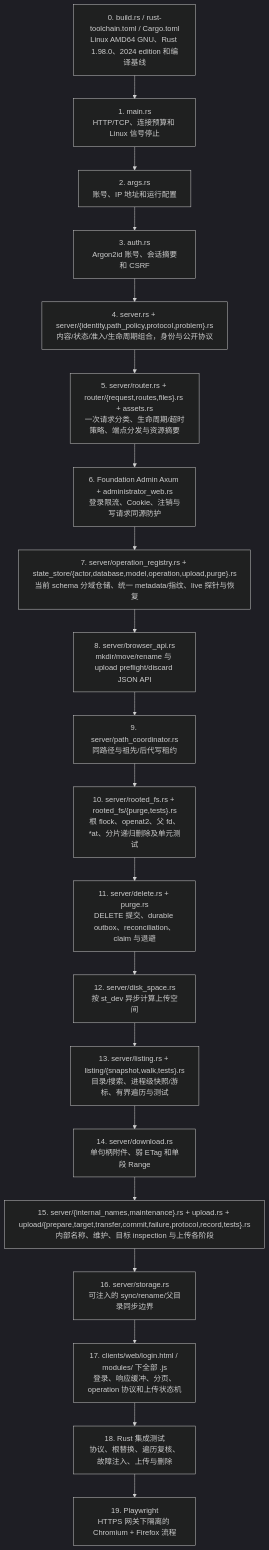
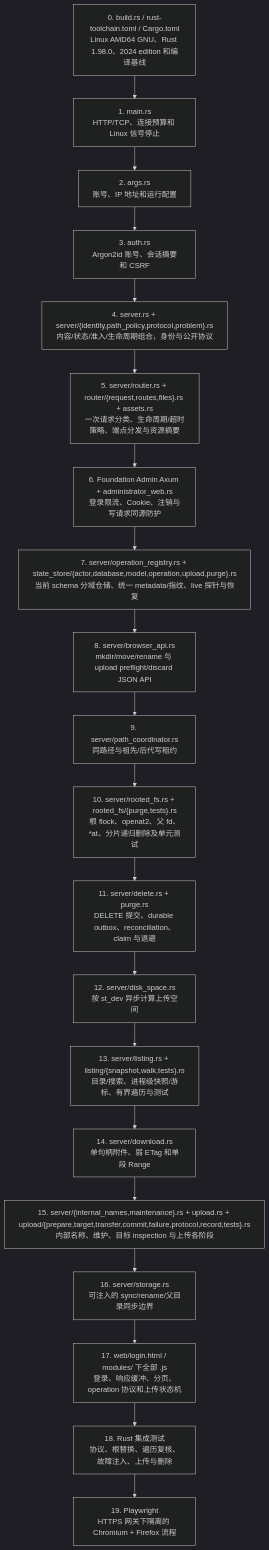
Diagram 16 of 17 in docs/project-workflow.md (isarmg/dufs-ram-server), drawn with Mermaid (dark theme) before and after one commit. The commit also changed other lines of this file and 71 other files, not shown here.

````diff
--- a/docs/project-workflow.md
+++ b/docs/project-workflow.md
@@ -784,22 +784,22 @@
 ```mermaid
 flowchart TD
     T["0. build.rs / rust-toolchain.toml / Cargo.toml<br/>Linux AMD64 GNU、Rust 1.98.0、2024 edition 和编译基线"] --> A["1. main.rs<br/>HTTP/TCP、连接预算和 Linux 信号停止"]
     A --> B["2. args.rs<br/>账号、IP 地址和运行配置"]
     B --> C["3. auth.rs<br/>Argon2id 账号、会话摘要和 CSRF"]
     C --> D["4. server.rs + server/{identity,path_policy,protocol,problem}.rs<br/>内容/状态/准入/生命周期组合，身份与公开协议"]
     D --> R["5. server/router.rs + router/{request,routes,files}.rs + assets.rs<br/>一次请求分类、生命周期/超时策略、端点分发与资源摘要"]
     R --> G["6. Foundation Admin Axum + administrator_web.rs<br/>登录限流、Cookie、注销与写请求同源防护"]
     G --> OP["7. server/operation_registry.rs + state_store/{actor,database,model,operation,upload,purge}.rs<br/>当前 schema 分域仓储、统一 metadata/指纹、live 探针与恢复"]
     OP --> H["8. server/browser_api.rs<br/>mkdir/move/rename 与 upload preflight/discard JSON API"]
     H --> E["9. server/path_coordinator.rs<br/>同路径与祖先/后代写租约"]
     E --> F["10. server/rooted_fs.rs + rooted_fs/{purge,tests}.rs<br/>根 flock、openat2、父 fd、*at、分片递归删除及单元测试"]
     F --> P["11. server/delete.rs + purge.rs<br/>DELETE 提交、durable outbox、reconciliation、claim 与退避"]
     P --> DS["12. server/disk_space.rs<br/>按 st_dev 异步计算上传空间"]
     DS --> I["13. server/listing.rs + listing/{snapshot,walk,tests}.rs<br/>目录/搜索、进程级快照/游标、有界遍历与测试"]
     I --> J["14. server/download.rs<br/>单句柄附件、弱 ETag 和单段 Range"]
     J --> K["15. server/{internal_names,maintenance}.rs + upload.rs + upload/{prepare,target,transfer,commit,failure,protocol,record,tests}.rs<br/>内部名称、维护、目标 inspection 与上传各阶段"]
     K --> L["16. server/storage.rs<br/>可注入的 sync/rename/父目录同步边界"]
-    L --> M["17. clients/web/login.html / modules/ 下全部 .js<br/>登录、响应缓冲、分页、operation 协议和上传状态机"]
+    L --> M["17. web/login.html / modules/ 下全部 .js<br/>登录、响应缓冲、分页、operation 协议和上传状态机"]
     M --> N["18. Rust 集成测试<br/>协议、根替换、遍历复核、故障注入、上传与删除"]
     N --> O["19. Playwright<br/>HTTPS 网关下隔离的 Chromium + Firefox 流程"]
 ```
````
